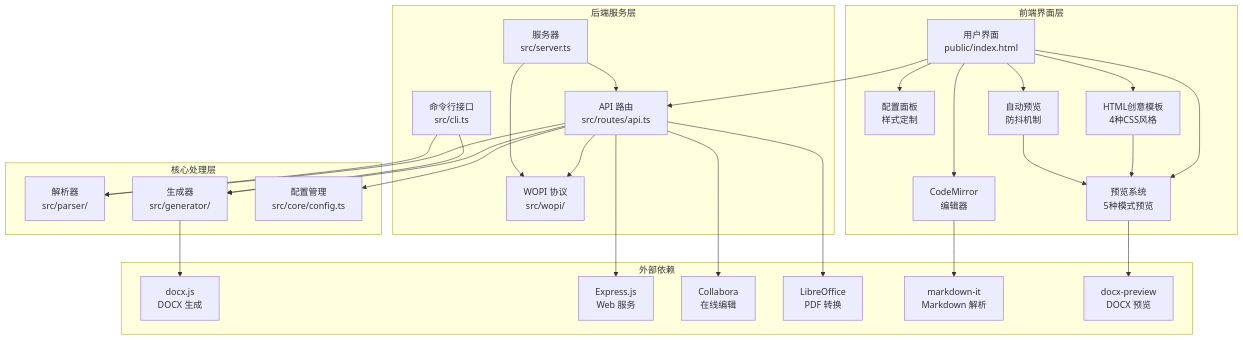
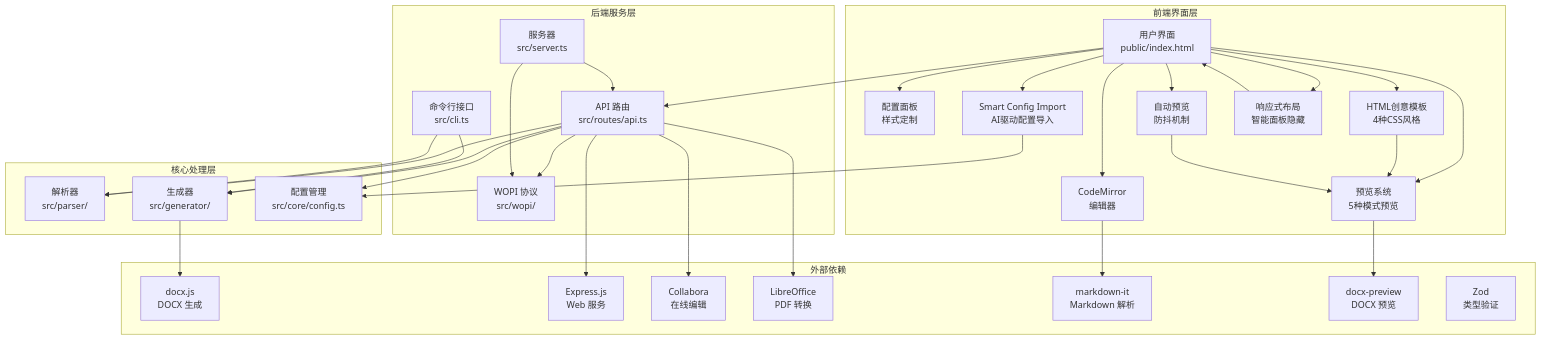
One commit to wanwushelie/markdown-to-word-studio changed the first of 18 diagrams in .lingma/repowiki/zh/content/用户指南/前端界面现代化.md. Above: the diagram before and after it, drawn with Mermaid. The commit also changed other lines of this file and 42 other files, not shown here.

````diff
--- a/.lingma/repowiki/zh/content/用户指南/前端界面现代化.md
+++ b/.lingma/repowiki/zh/content/用户指南/前端界面现代化.md
@@ -68,53 +73,60 @@
 ```mermaid
 graph TB
 subgraph "前端界面层"
 UI[用户界面<br/>public/index.html]
 CodeMirror[CodeMirror 编辑器<br/>Markdown 编辑]
 Preview[预览系统<br/>5种模式预览]
 ConfigPanel[配置面板<br/>样式定制]
+SmartConfig[Smart Config Import<br/>AI驱动配置导入]
 HTMLTemplates[HTML创意模板<br/>4种CSS风格]
 AutoPreview[自动预览<br/>防抖机制]
+ResponsiveLayout[响应式布局<br/>智能面板隐藏]
 end
 subgraph "核心处理层"
 Parser[解析器<br/>src/parser/]
 Generator[生成器<br/>src/generator/]
 Config[配置管理<br/>src/core/config.ts]
 end
 subgraph "后端服务层"
 Server[服务器<br/>src/server.ts]
 WOPI[WOPI 协议<br/>src/wopi/]
 API[API 路由<br/>src/routes/api.ts]
 CLI[命令行接口<br/>src/cli.ts]
 end
 subgraph "外部依赖"
 DOCX[docx.js<br/>DOCX 生成]
 Express[Express.js<br/>Web 服务]
 Collabora[Collabora<br/>在线编辑]
 LibreOffice[LibreOffice<br/>PDF 转换]
 markdown-it[markdown-it<br/>Markdown 解析]
 docx-preview[docx-preview<br/>DOCX 预览]
 CodeMirror[CodeMirror<br/>编辑器]
+Zod[Zod<br/>类型验证]
 end
 UI --> CodeMirror
 UI --> Preview
 UI --> ConfigPanel
+UI --> SmartConfig
 UI --> HTMLTemplates
 UI --> AutoPreview
+UI --> ResponsiveLayout
 UI --> API
 API --> Parser
 API --> Generator
 API --> Config
 API --> WOPI
 Server --> API
 Server --> WOPI
 CLI --> Parser
 CLI --> Generator
 Generator --> DOCX
 API --> Express
 API --> Collabora
 API --> LibreOffice
 CodeMirror --> markdown-it
 Preview --> docx-preview
 HTMLTemplates --> Preview
 AutoPreview --> Preview
+ResponsiveLayout --> UI
+SmartConfig --> Config
 ```
````
